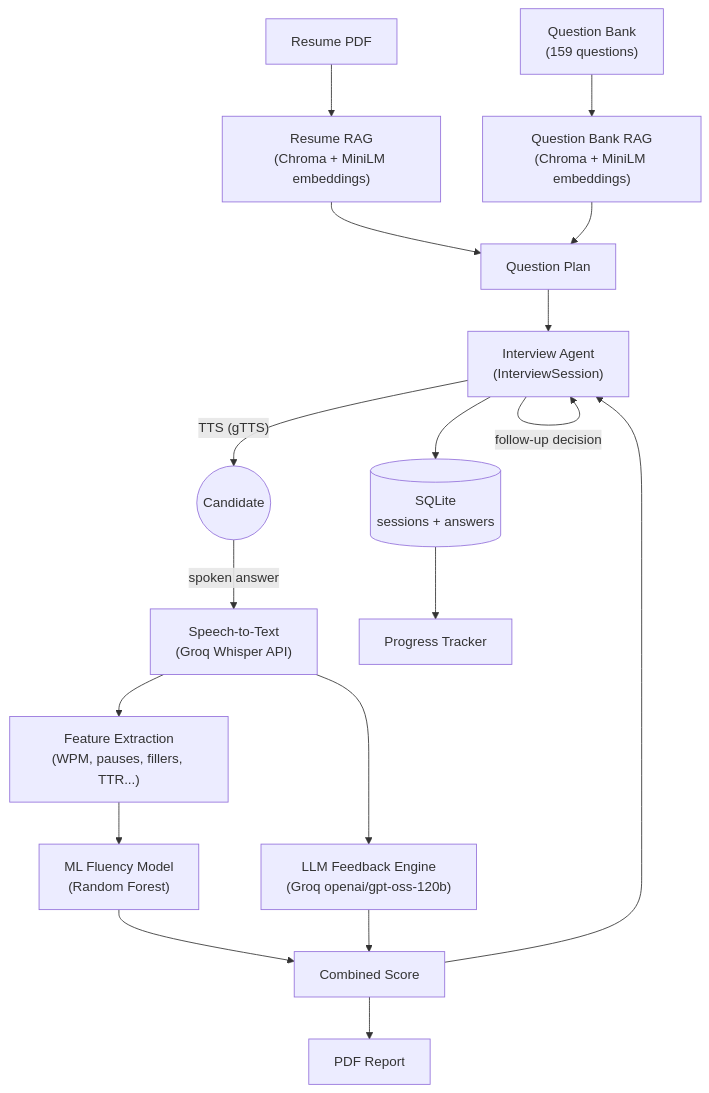
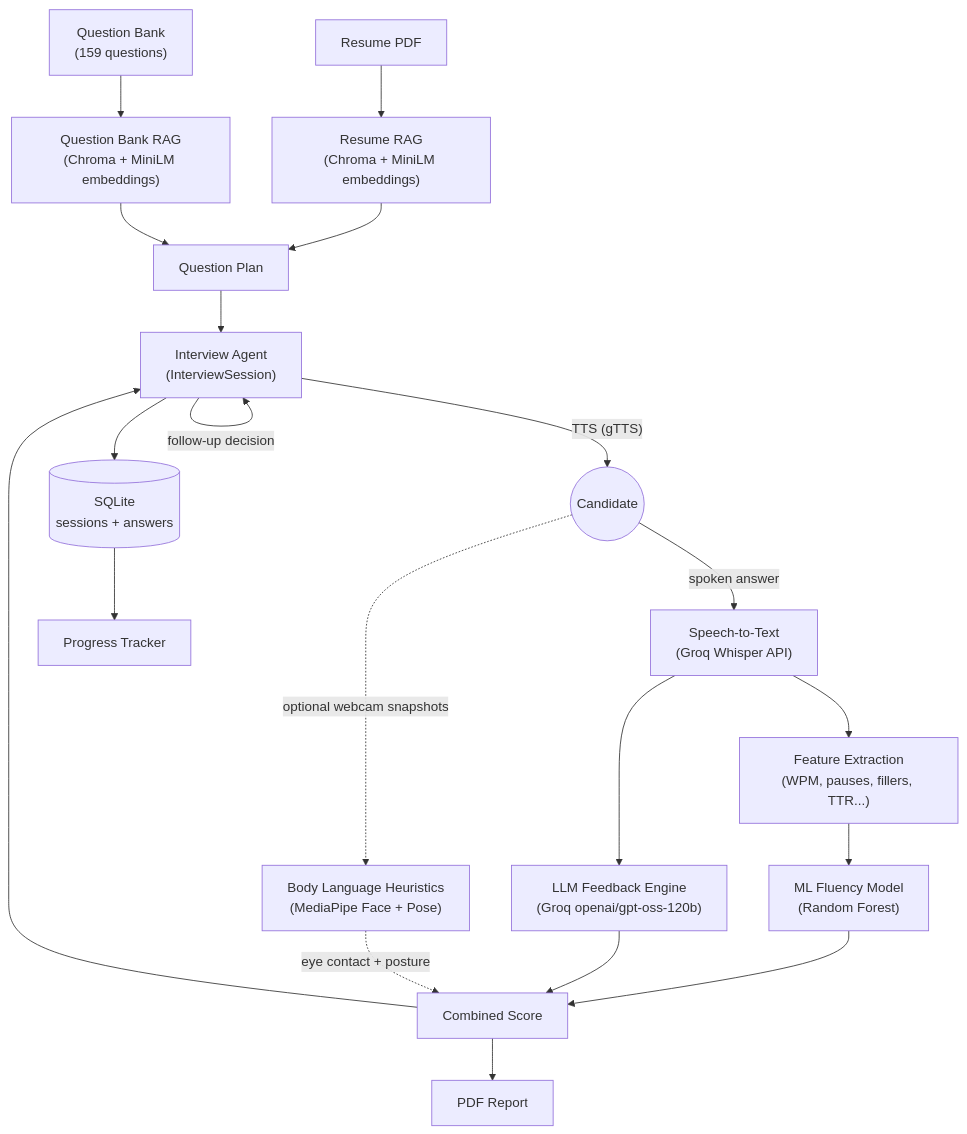
The diagram in README.md (SindhuGIT01/SpeakReady), drawn with Mermaid before and after one commit. The commit also changed other lines of this file and 15 other files, not shown here.

Commit message:
Add webcam body language coaching (eye contact, posture)

````diff
--- a/README.md
+++ b/README.md
@@ -63,25 +68,27 @@
 ```mermaid
 flowchart TD
     Resume["Resume PDF"] --> ResumeRAG["Resume RAG\n(Chroma + MiniLM embeddings)"]
     Bank["Question Bank\n(159 questions)"] --> BankRAG["Question Bank RAG\n(Chroma + MiniLM embeddings)"]
 
     ResumeRAG --> Plan["Question Plan"]
     BankRAG --> Plan
     Plan --> Agent["Interview Agent\n(InterviewSession)"]
 
     Agent -- "TTS (gTTS)" --> Candidate((Candidate))
     Candidate -- "spoken answer" --> Whisper["Speech-to-Text\n(Groq Whisper API)"]
+    Candidate -. "optional webcam snapshots" .-> BodyLang["Body Language Heuristics\n(MediaPipe Face + Pose)"]
 
     Whisper --> Features["Feature Extraction\n(WPM, pauses, fillers, TTR...)"]
     Features --> Fluency["ML Fluency Model\n(Random Forest)"]
     Whisper --> Feedback["LLM Feedback Engine\n(Groq openai/gpt-oss-120b)"]
 
     Fluency --> Score["Combined Score"]
     Feedback --> Score
+    BodyLang -. "eye contact + posture" .-> Score
     Score --> Agent
 
     Agent -- "follow-up decision" --> Agent
     Agent --> DB[("SQLite\nsessions + answers")]
     DB --> Progress["Progress Tracker"]
     Score --> Report["PDF Report"]
 ```
````
